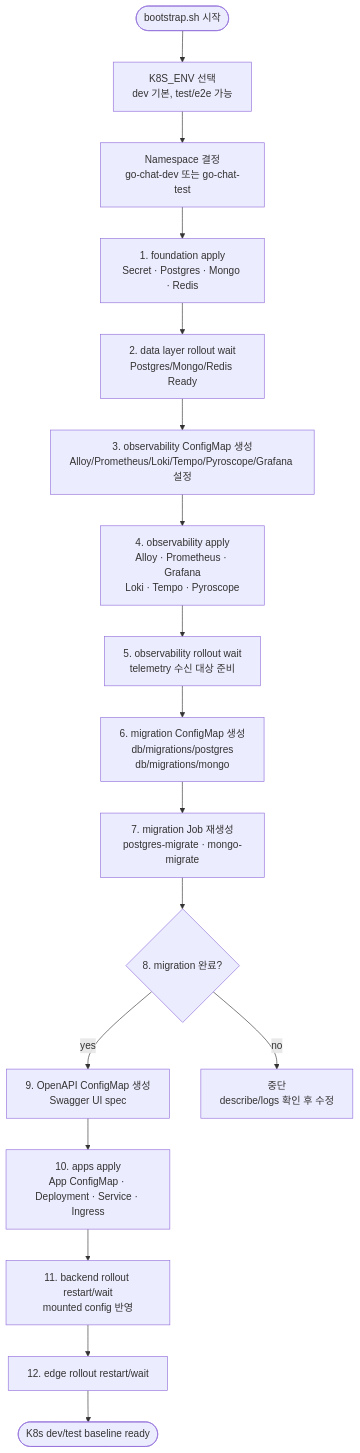
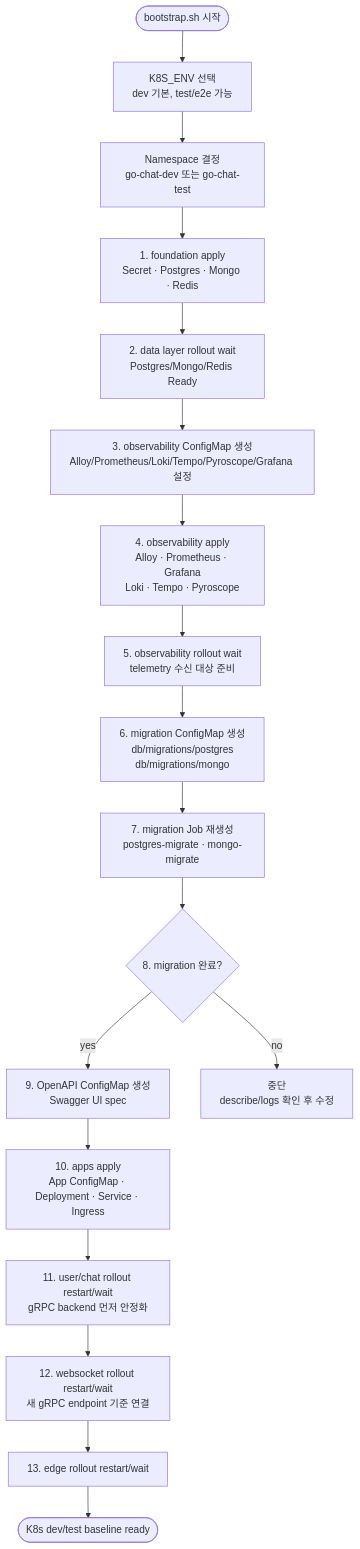
One commit to happyhun/go-chat-msa changed the diagram in docs/diagrams/flow-k8s-bootstrap.mmd. Above: the diagram before and after it, drawn with Mermaid. The commit also changed 11 other files, not shown here.

```diff
--- a/docs/diagrams/flow-k8s-bootstrap.mmd
+++ b/docs/diagrams/flow-k8s-bootstrap.mmd
@@ -1,29 +1,30 @@
 flowchart TB
     Start([bootstrap.sh 시작])
 
     Env["K8S_ENV 선택<br/>dev 기본, test/e2e 가능"]
     NS["Namespace 결정<br/>go-chat-dev 또는 go-chat-test"]
 
     Foundation["1. foundation apply<br/>Secret · Postgres · Mongo · Redis"]
     DataWait["2. data layer rollout wait<br/>Postgres/Mongo/Redis Ready"]
 
     ObservabilityCM["3. observability ConfigMap 생성<br/>Alloy/Prometheus/Loki/Tempo/Pyroscope/Grafana 설정"]
     Observability["4. observability apply<br/>Alloy · Prometheus · Grafana<br/>Loki · Tempo · Pyroscope"]
     ObsWait["5. observability rollout wait<br/>telemetry 수신 대상 준비"]
 
     MigrationCM["6. migration ConfigMap 생성<br/>db/migrations/postgres<br/>db/migrations/mongo"]
     MigrationJob["7. migration Job 재생성<br/>postgres-migrate · mongo-migrate"]
     MigrationWait{"8. migration 완료?"}
 
     OpenAPICM["9. OpenAPI ConfigMap 생성<br/>Swagger UI spec"]
     Apps["10. apps apply<br/>App ConfigMap · Deployment · Service · Ingress"]
-    BackendRestart["11. backend rollout restart/wait<br/>mounted config 반영"]
-    EdgeRestart["12. edge rollout restart/wait"]
+    CoreRestart["11. user/chat rollout restart/wait<br/>gRPC backend 먼저 안정화"]
+    WSRestart["12. websocket rollout restart/wait<br/>새 gRPC endpoint 기준 연결"]
+    EdgeRestart["13. edge rollout restart/wait"]
     Done([K8s dev/test baseline ready])
 
     Fail["중단<br/>describe/logs 확인 후 수정"]
 
     Start --> Env --> NS --> Foundation --> DataWait --> ObservabilityCM --> Observability --> ObsWait
     ObsWait --> MigrationCM --> MigrationJob --> MigrationWait
-    MigrationWait -- "yes" --> OpenAPICM --> Apps --> BackendRestart --> EdgeRestart --> Done
+    MigrationWait -- "yes" --> OpenAPICM --> Apps --> CoreRestart --> WSRestart --> EdgeRestart --> Done
     MigrationWait -- "no" --> Fail
```
